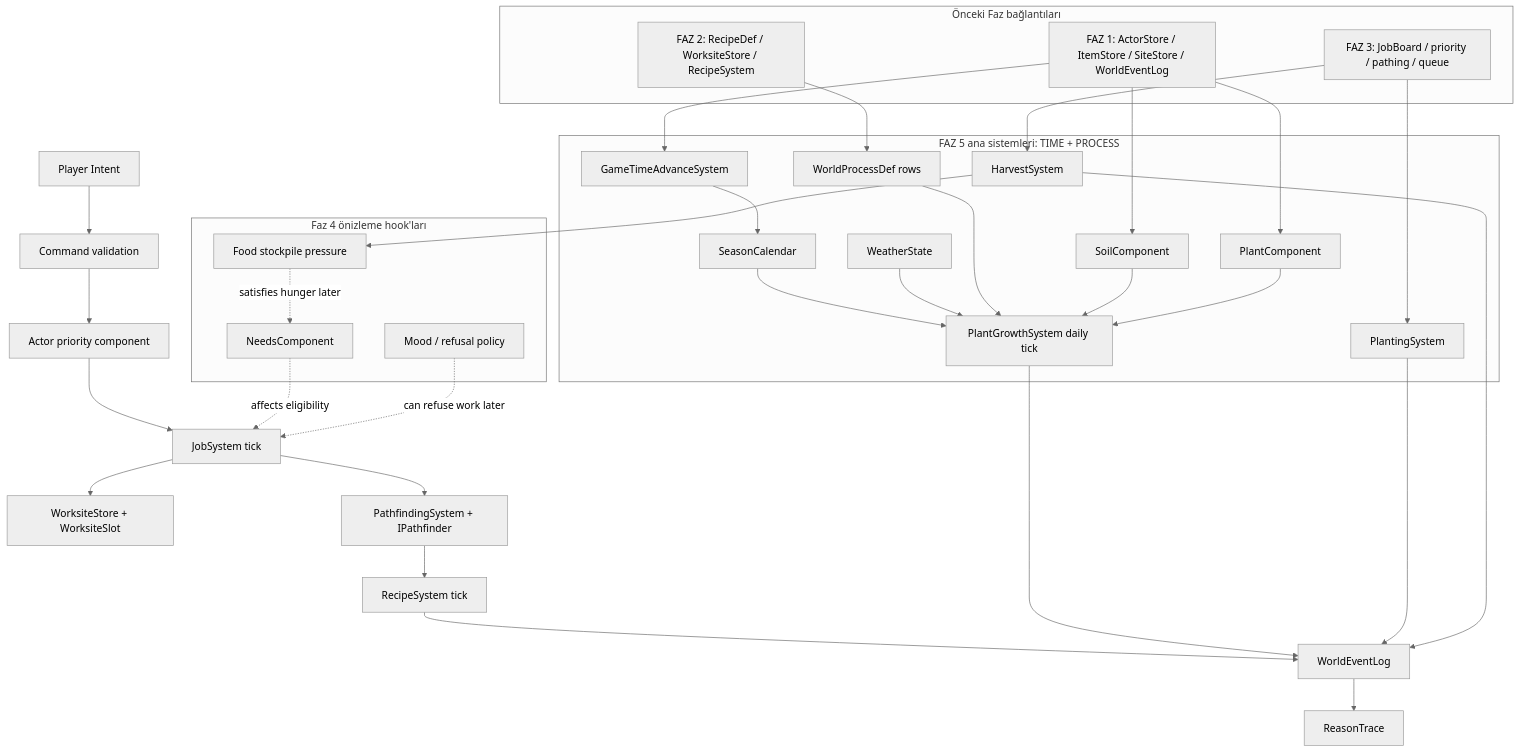
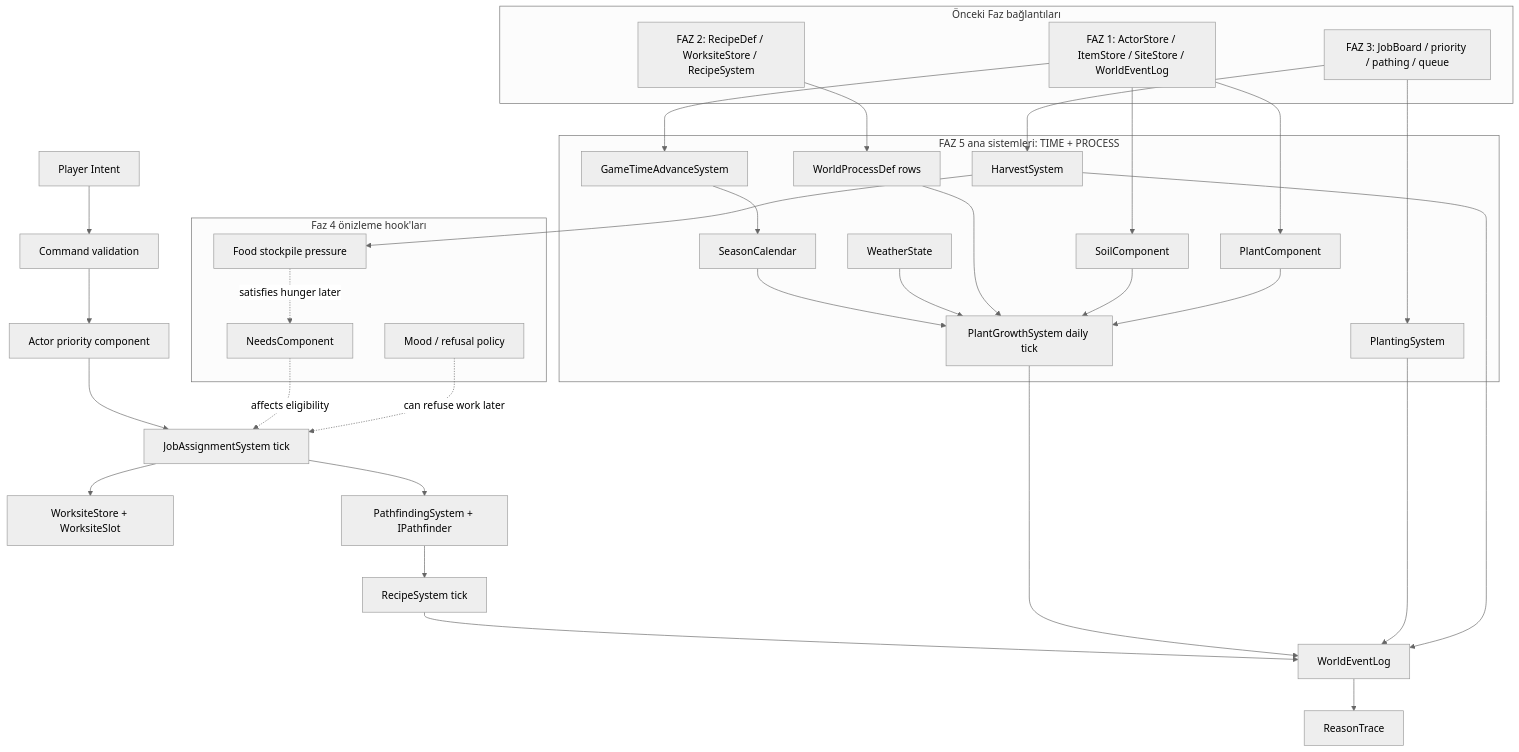
One commit to msbel5/alcyone-ember-rpg changed the first of 3 diagrams in docs/mechanics/faz-5-plant-season.md. Above: the diagram before and after it, drawn with Mermaid (neutral theme). The commit also changed other lines of this file and 10 other files, not shown here.

````diff
--- a/docs/mechanics/faz-5-plant-season.md
+++ b/docs/mechanics/faz-5-plant-season.md
@@ -3,56 +7,56 @@
 ```mermaid
 graph TB
     PI[Player Intent] --> CMD[Command validation]
     CMD --> AP[Actor priority component]
-    AP --> JS[JobSystem tick]
+    AP --> JS[JobAssignmentSystem tick]
     JS --> WS[WorksiteStore + WorksiteSlot]
     JS --> PF[PathfindingSystem + IPathfinder]
     PF --> RS[RecipeSystem tick]
     RS --> EL[WorldEventLog]
     EL --> RT[ReasonTrace]
 
     subgraph Prev["Önceki Faz bağlantıları"]
         F1[FAZ 1: ActorStore / ItemStore / SiteStore / WorldEventLog]
         F2[FAZ 2: RecipeDef / WorksiteStore / RecipeSystem]
         F3[FAZ 3: JobBoard / priority / pathing / queue]
     end
 
     subgraph F5["FAZ 5 ana sistemleri: TIME + PROCESS"]
         GTA[GameTimeAdvanceSystem]
         CAL[SeasonCalendar]
         WTH[WeatherState]
         WPD[WorldProcessDef rows]
         SOIL[SoilComponent]
         PLANT[PlantComponent]
         PGS[PlantGrowthSystem daily tick]
         PS[PlantingSystem]
         HS[HarvestSystem]
     end
 
     subgraph F4Preview["Faz 4 önizleme hook'ları"]
         NEEDS[NeedsComponent]
         MOOD[Mood / refusal policy]
         FOOD[Food stockpile pressure]
     end
 
     F1 --> GTA
     F1 --> SOIL
     F1 --> PLANT
     F2 --> WPD
     F3 --> PS
     F3 --> HS
 
     GTA --> CAL
     CAL --> PGS
     WTH --> PGS
     WPD --> PGS
     SOIL --> PGS
     PLANT --> PGS
     PGS --> EL
     PS --> EL
     HS --> EL
     HS --> FOOD
     NEEDS -. affects eligibility .-> JS
     FOOD -. satisfies hunger later .-> NEEDS
     MOOD -. can refuse work later .-> JS
 ```
````
